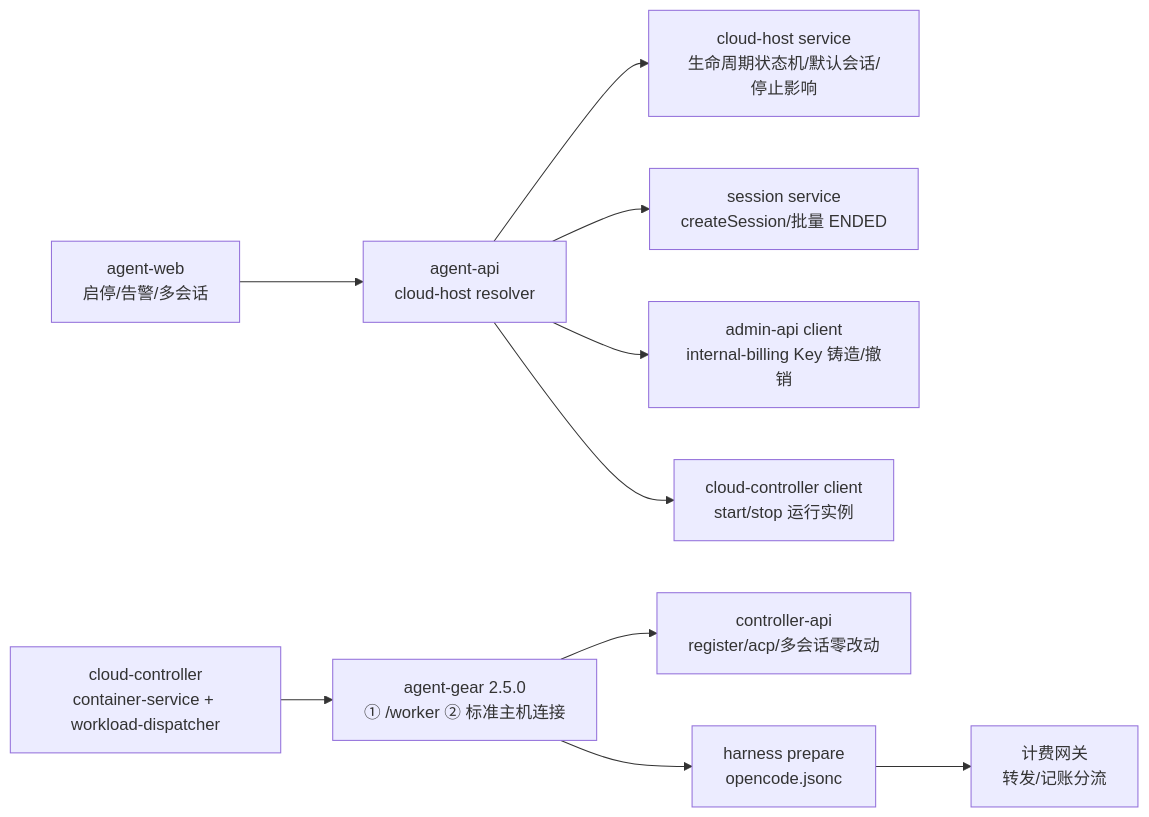
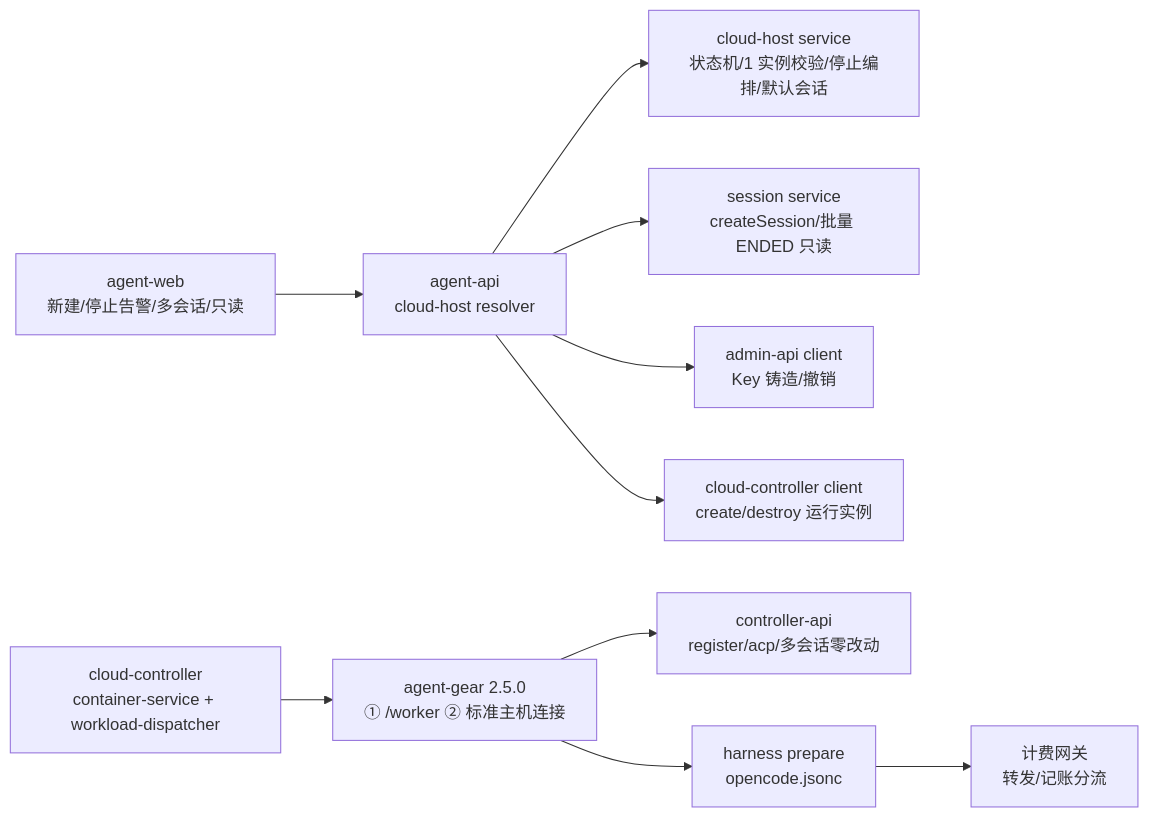
The second of 5 diagrams in docs/engineering/proposals/20261020-feat-container-harness-support.md (Deliay/z-agent-gear), drawn with Mermaid before and after one commit. The commit also changed other lines of this file and 3 other files, not shown here.

````diff
--- a/docs/engineering/proposals/20261020-feat-container-harness-support.md
+++ b/docs/engineering/proposals/20261020-feat-container-harness-support.md
@@ -121,12 +129,12 @@
 ```mermaid
 graph LR
-    A[agent-web<br/>启停/告警/多会话] --> B[agent-api<br/>cloud-host resolver]
-    B --> C[cloud-host service<br/>生命周期状态机/默认会话/停止影响]
-    B --> D[session service<br/>createSession/批量 ENDED]
-    B --> E[admin-api client<br/>internal-billing Key 铸造/撤销]
-    B --> F[cloud-controller client<br/>start/stop 运行实例]
+    A[agent-web<br/>新建/停止告警/多会话/只读] --> B[agent-api<br/>cloud-host resolver]
+    B --> C[cloud-host service<br/>状态机/1 实例校验/停止编排/默认会话]
+    B --> D[session service<br/>createSession/批量 ENDED 只读]
+    B --> E[admin-api client<br/>Key 铸造/撤销]
+    B --> F[cloud-controller client<br/>create/destroy 运行实例]
     G[cloud-controller<br/>container-service + workload-dispatcher] --> H[agent-gear 2.5.0<br/>① /worker ② 标准主机连接]
     H --> I[controller-api<br/>register/acp/多会话零改动]
     H --> J[harness prepare<br/>opencode.jsonc]
     J --> K[计费网关<br/>转发/记账分流]
 ```
````
